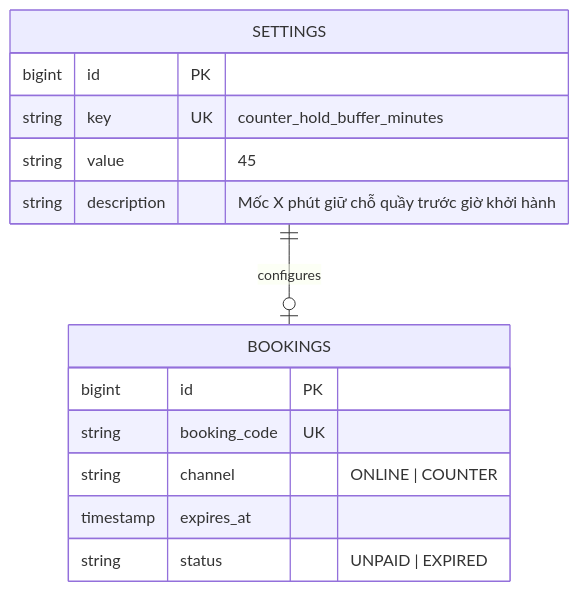
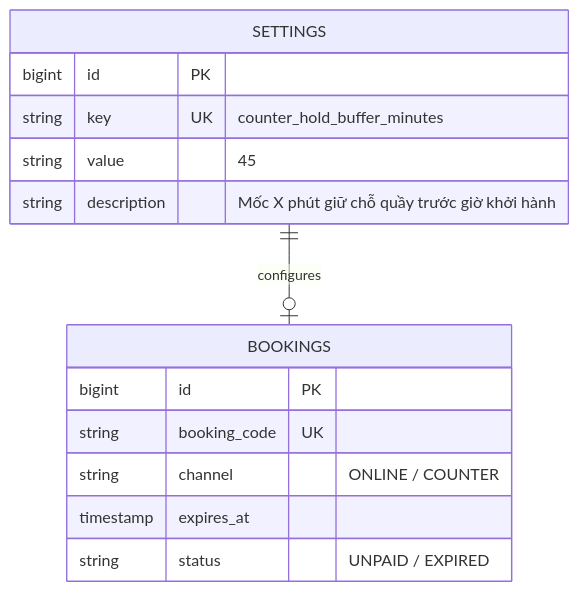
The second of 2 diagrams in content/docs/chuong-03-dat-ve-khoa-ghe-va-booker/02-luong-giu-ghe-online-vs-quay-counter-hold.mdx (tomone2kd000-ux/superdong-booking-system), drawn with Mermaid before and after one commit. The commit also changed 17 other files, not shown here.

Commit message:
fix: resolve Mermaid erDiagram syntax warnings across all MDX files

````diff
--- a/content/docs/chuong-03-dat-ve-khoa-ghe-va-booker/02-luong-giu-ghe-online-vs-quay-counter-hold.mdx
+++ b/content/docs/chuong-03-dat-ve-khoa-ghe-va-booker/02-luong-giu-ghe-online-vs-quay-counter-hold.mdx
@@ -47,19 +47,19 @@
 ```mermaid
 erDiagram
     SETTINGS ||--o| BOOKINGS : configures
 
     SETTINGS {
         bigint id PK
         string key UK "counter_hold_buffer_minutes"
         string value "45"
         string description "Mốc X phút giữ chỗ quầy trước giờ khởi hành"
     }
 
     BOOKINGS {
         bigint id PK
         string booking_code UK
-        string channel "ONLINE | COUNTER"
+        string channel "ONLINE / COUNTER"
         timestamp expires_at
-        string status "UNPAID | EXPIRED"
+        string status "UNPAID / EXPIRED"
     }
 ```
````
